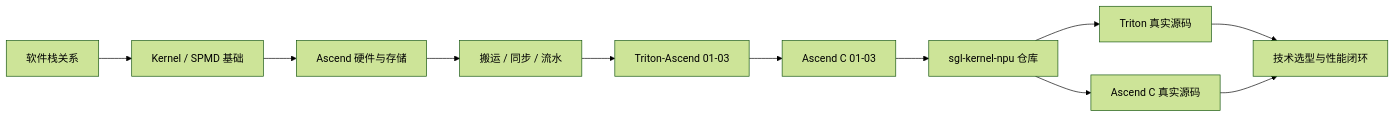
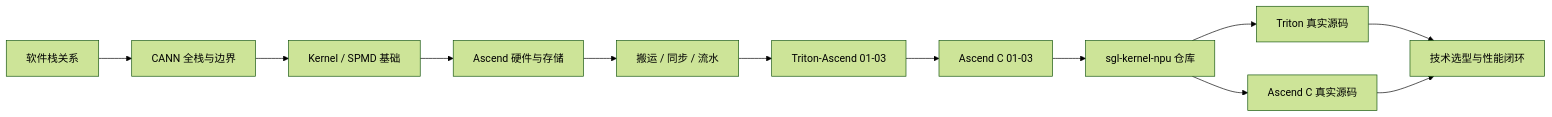
One commit to cl-vv-h/SGLang_Tutor changed the diagram in learning/ascend-kernel-infra/README.md. Above: the diagram before and after it, drawn with Mermaid (forest theme). The commit also changed other lines of this file and 3 other files, not shown here.

````diff
--- a/learning/ascend-kernel-infra/README.md
+++ b/learning/ascend-kernel-infra/README.md
@@ -77,13 +80,14 @@
 ```mermaid
 flowchart LR
-  A["软件栈关系"] --> B["Kernel / SPMD 基础"]
+  A["软件栈关系"] --> B0["CANN 全栈与边界"]
+  B0 --> B["Kernel / SPMD 基础"]
   B --> C["Ascend 硬件与存储"]
   C --> D["搬运 / 同步 / 流水"]
   D --> E["Triton-Ascend 01-03"]
   E --> F["Ascend C 01-03"]
   F --> G["sgl-kernel-npu 仓库"]
   G --> H["Triton 真实源码"]
   G --> I["Ascend C 真实源码"]
   H --> J["技术选型与性能闭环"]
   I --> J
 ```
````
